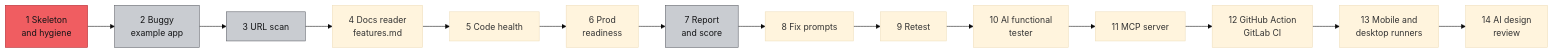
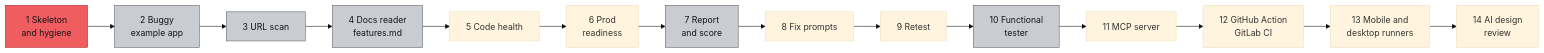
One commit to deepbratt/TEA changed the ninth of 9 diagrams in docs/HOW-IT-WORKS.md. Above: the diagram before and after it, drawn with Mermaid (base theme). The commit also changed other lines of this file and 67 other files, not shown here.

````diff
--- a/docs/HOW-IT-WORKS.md
+++ b/docs/HOW-IT-WORKS.md
@@ -278,8 +307,8 @@
 ```mermaid
 flowchart LR
-    S1[1 Skeleton<br/>and hygiene]:::doing --> S2[2 Buggy<br/>example app]:::part --> S3[3 URL scan]:::part --> S4[4 Docs reader<br/>features.md] --> S5[5 Code health]
-    S5 --> S6[6 Prod<br/>readiness] --> S7[7 Report<br/>and score]:::part --> S8[8 Fix prompts] --> S9[9 Retest] --> S10[10 AI functional<br/>tester]
+    S1[1 Skeleton<br/>and hygiene]:::doing --> S2[2 Buggy<br/>example app]:::part --> S3[3 URL scan]:::part --> S4[4 Docs reader<br/>features.md]:::part --> S5[5 Code health]
+    S5 --> S6[6 Prod<br/>readiness] --> S7[7 Report<br/>and score]:::part --> S8[8 Fix prompts] --> S9[9 Retest] --> S10[10 Functional<br/>tester]:::part
     S10 --> S11[11 MCP server] --> S12[12 GitHub Action<br/>GitLab CI] --> S13[13 Mobile and<br/>desktop runners] --> S14[14 AI design<br/>review]
     classDef doing fill:#f05d61,stroke:#b3262c,color:#141517
     classDef part fill:#c9ccd1,stroke:#5c5f66,color:#141517
 ```
````
